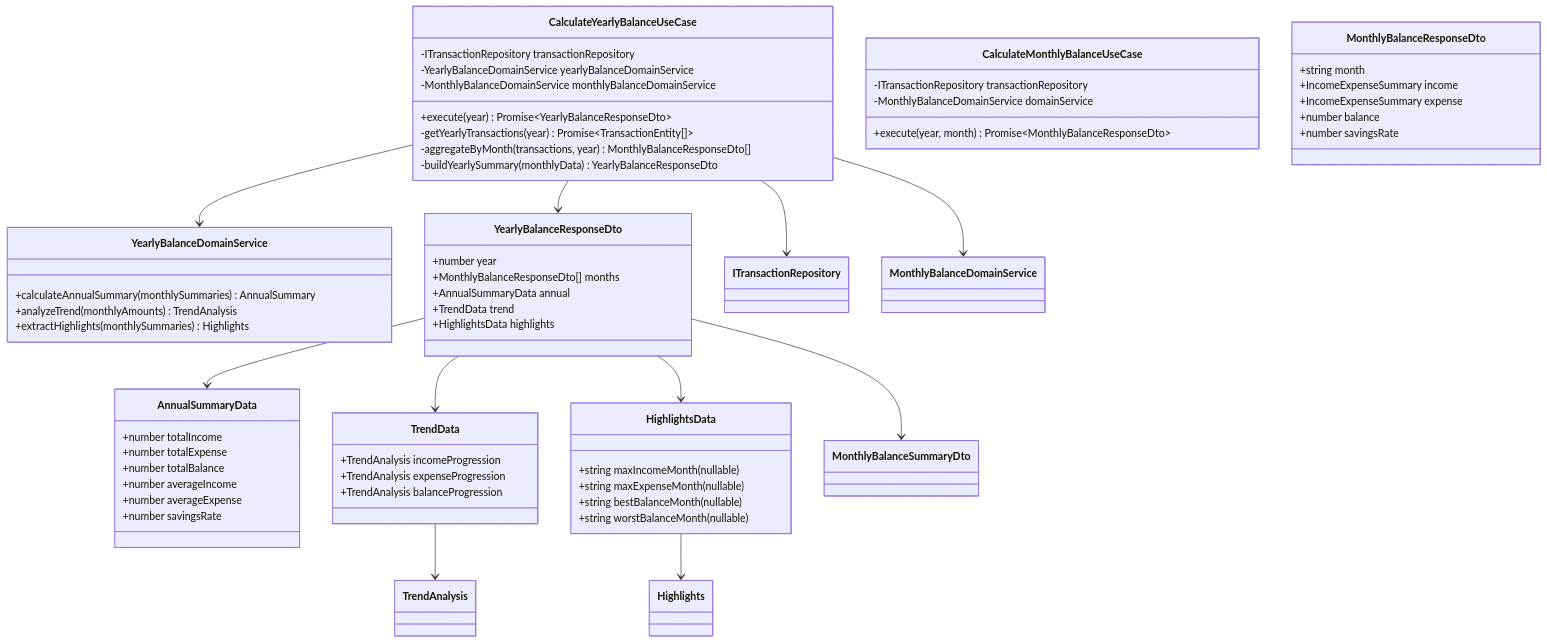
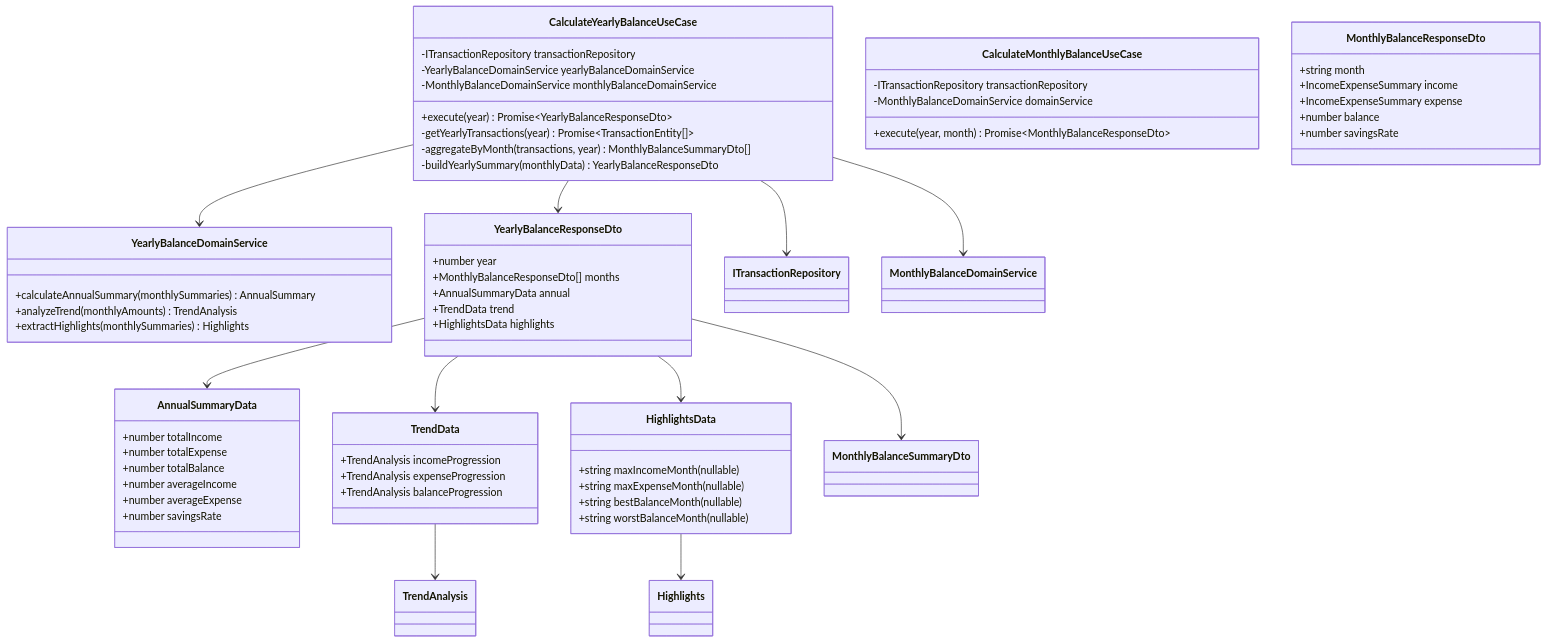
The second of 4 diagrams in docs/detailed-design/FR-020_yearly-balance-aggregation/class-diagrams.md (kencom2400/account-book), drawn with Mermaid before and after one commit.

Commit message:
docs: クラス図のMonthlyBalanceResponseDtoをMonthlyBalanceSummaryDtoに修正（完全版）
Application層のクラス図で、年間集計用のMonthlyBalanceResponseDtoをすべてMonthlyBalanceSummaryDtoに変更して、設計の一貫性を確保

````diff
--- a/docs/detailed-design/FR-020_yearly-balance-aggregation/class-diagrams.md
+++ b/docs/detailed-design/FR-020_yearly-balance-aggregation/class-diagrams.md
@@ -161,73 +161,73 @@
 ```mermaid
 classDiagram
     class CalculateYearlyBalanceUseCase {
         -ITransactionRepository transactionRepository
         -YearlyBalanceDomainService yearlyBalanceDomainService
         -MonthlyBalanceDomainService monthlyBalanceDomainService
         +execute(year) Promise~YearlyBalanceResponseDto~
         -getYearlyTransactions(year) Promise~TransactionEntity[]~
-        -aggregateByMonth(transactions, year) MonthlyBalanceResponseDto[]
+        -aggregateByMonth(transactions, year) MonthlyBalanceSummaryDto[]
         -buildYearlySummary(monthlyData) YearlyBalanceResponseDto
     }
 
     class CalculateMonthlyBalanceUseCase {
         -ITransactionRepository transactionRepository
         -MonthlyBalanceDomainService domainService
         +execute(year, month) Promise~MonthlyBalanceResponseDto~
     }
 
     class YearlyBalanceDomainService {
         +calculateAnnualSummary(monthlySummaries) AnnualSummary
         +analyzeTrend(monthlyAmounts) TrendAnalysis
         +extractHighlights(monthlySummaries) Highlights
     }
 
     class YearlyBalanceResponseDto {
         +number year
         +MonthlyBalanceResponseDto[] months
         +AnnualSummaryData annual
         +TrendData trend
         +HighlightsData highlights
     }
 
     class MonthlyBalanceResponseDto {
         +string month
         +IncomeExpenseSummary income
         +IncomeExpenseSummary expense
         +number balance
         +number savingsRate
     }
 
     class AnnualSummaryData {
         +number totalIncome
         +number totalExpense
         +number totalBalance
         +number averageIncome
         +number averageExpense
         +number savingsRate
     }
 
     class TrendData {
         +TrendAnalysis incomeProgression
         +TrendAnalysis expenseProgression
         +TrendAnalysis balanceProgression
     }
 
     class HighlightsData {
         +string maxIncomeMonth (nullable)
         +string maxExpenseMonth (nullable)
         +string bestBalanceMonth (nullable)
         +string worstBalanceMonth (nullable)
     }
 
     CalculateYearlyBalanceUseCase --> ITransactionRepository
     CalculateYearlyBalanceUseCase --> YearlyBalanceDomainService
     CalculateYearlyBalanceUseCase --> MonthlyBalanceDomainService
     CalculateYearlyBalanceUseCase --> YearlyBalanceResponseDto
     YearlyBalanceResponseDto --> MonthlyBalanceSummaryDto
     YearlyBalanceResponseDto --> AnnualSummaryData
     YearlyBalanceResponseDto --> TrendData
     YearlyBalanceResponseDto --> HighlightsData
     TrendData --> TrendAnalysis
     HighlightsData --> Highlights
 ```
````
